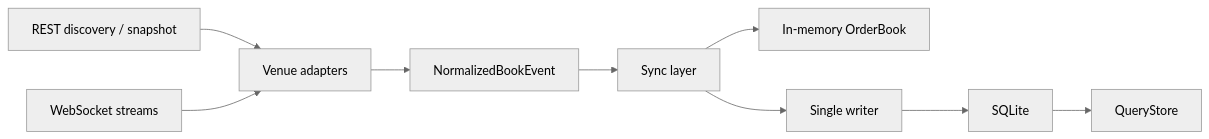
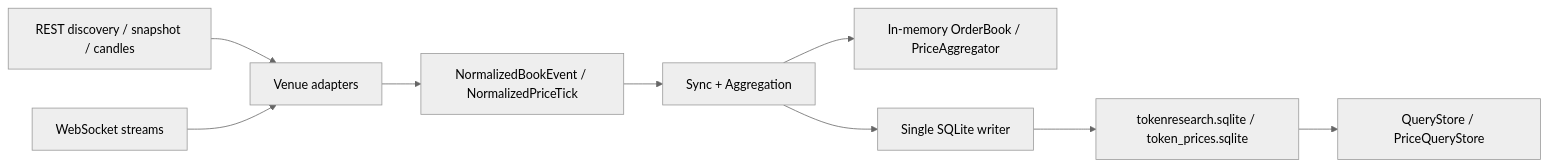
Before and after one commit to welann/tokenresearch: the diagram in README.md, drawn with Mermaid (neutral theme). The commit also changed other lines of this file and 37 other files, not shown here.

Commit message:
Add price collector and price query subsystem

````diff
--- a/README.md
+++ b/README.md
@@ -214,11 +316,11 @@
 ```mermaid
 flowchart LR
-    A["REST discovery / snapshot"] --> B["Venue adapters"]
+    A["REST discovery / snapshot / candles"] --> B["Venue adapters"]
     C["WebSocket streams"] --> B
-    B --> D["NormalizedBookEvent"]
-    D --> E["Sync layer"]
-    E --> F["In-memory OrderBook"]
-    E --> G["Single writer"]
-    G --> H["SQLite"]
-    H --> I["QueryStore"]
+    B --> D["NormalizedBookEvent / NormalizedPriceTick"]
+    D --> E["Sync + Aggregation"]
+    E --> F["In-memory OrderBook / PriceAggregator"]
+    E --> G["Single SQLite writer"]
+    G --> H["tokenresearch.sqlite / token_prices.sqlite"]
+    H --> I["QueryStore / PriceQueryStore"]
 ```
````
